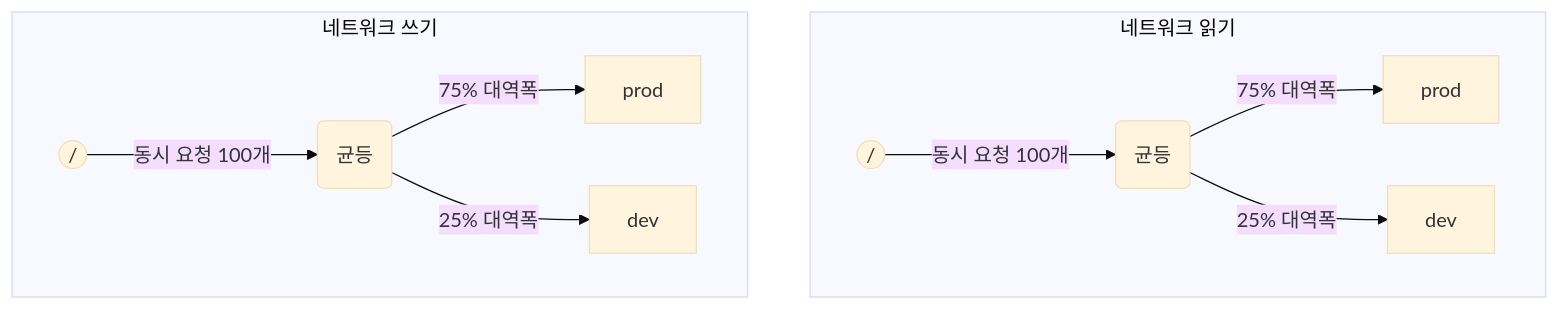
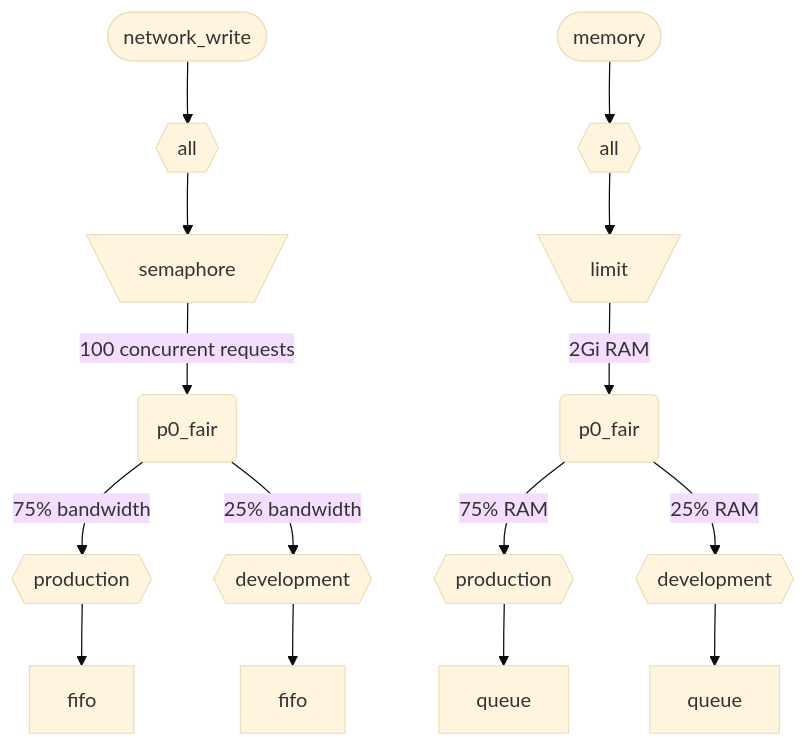
One commit to coderabbit-demo/clickhouse-demo changed the third of 3 diagrams in docs/ko/concepts/features/configuration/server-config/workload-scheduling.mdx. Above: the diagram before and after it, drawn with Mermaid (base theme). The commit also changed other lines of this file and 17650 other files, not shown here.

````diff
--- a/docs/ko/concepts/features/configuration/server-config/workload-scheduling.mdx
+++ b/docs/ko/concepts/features/configuration/server-config/workload-scheduling.mdx
@@ -94,18 +427,22 @@
 ```mermaid
 graph TD
-    subgraph 네트워크 읽기
-    nr_root(("/"))
-    -->|동시 요청 100개| nr_fair("균등")
-    -->|75% 대역폭| nr_prod["prod"]
-    nr_fair
-    -->|25% 대역폭| nr_dev["dev"]
-    end
+    nw_root(["network_write"])
+    -->nw_all{{"all"}}
+    -->nw_semp[\"semaphore"/]
+    -->|100 concurrent requests| nw_fair("p0_fair")
+    -->|75% bandwidth| nw_prod{{"production"}}
+    -->nw_prod_q["fifo"]
+    nw_fair
+    -->|25% bandwidth| nw_dev{{"development"}}
+    -->nw_dev_q["fifo"]
 
-    subgraph 네트워크 쓰기
-    nw_root(("/"))
-    -->|동시 요청 100개| nw_fair("균등")
-    -->|75% 대역폭| nw_prod["prod"]
-    nw_fair
-    -->|25% 대역폭| nw_dev["dev"]
-    end
+    mem_root(["memory"])
+    -->mem_all{{"all"}}
+    -->mem_semp[\"limit"/]
+    -->|2Gi RAM| mem_fair("p0_fair")
+    -->|75% RAM| mem_prod{{"production"}}
+    -->mem_prod_q["queue"]
+    mem_fair
+    -->|25% RAM| mem_dev{{"development"}}
+    -->mem_dev_q["queue"]
 ```
````
